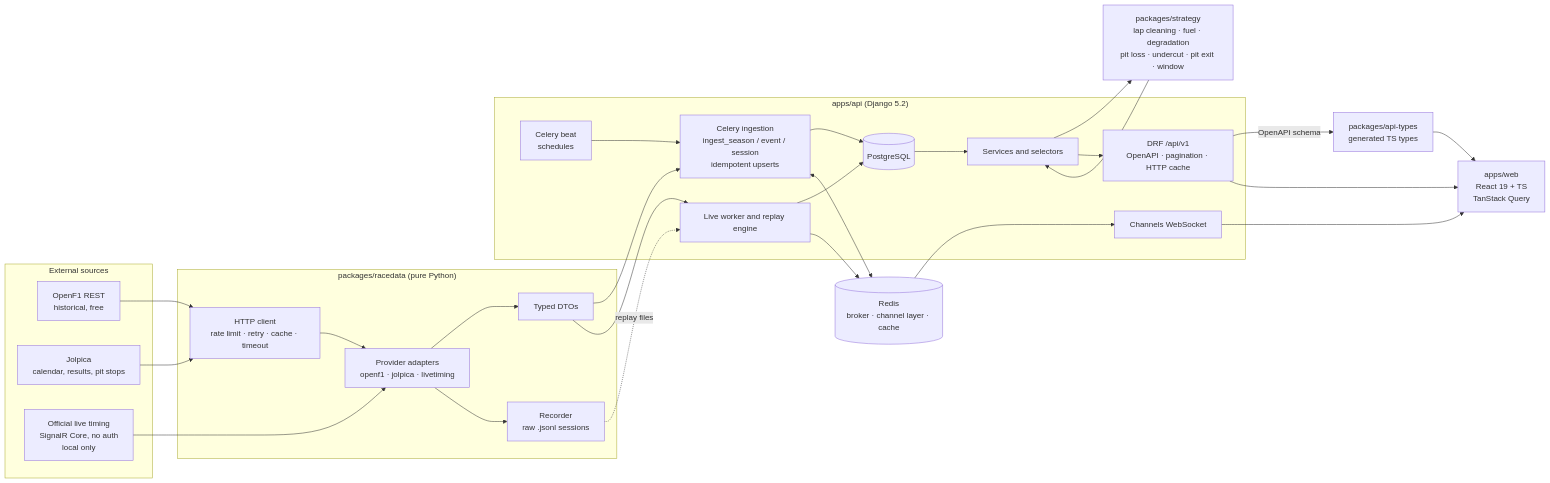
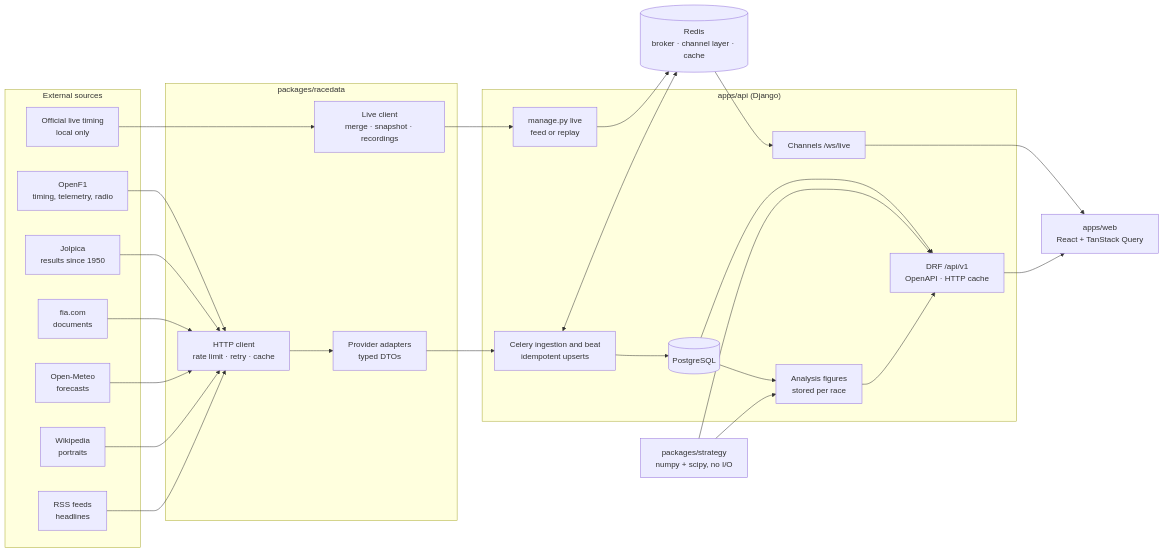
The diagram in docs/architecture.md (CafeurOff/stintline), drawn with Mermaid before and after one commit. The commit also changed other lines of this file and 4 other files, not shown here.

Commit message:
docs: bring the architecture up to date and drop internal working notes

````diff
--- a/docs/architecture.md
+++ b/docs/architecture.md
@@ -7,50 +7,41 @@
 ```mermaid
 flowchart LR
     subgraph Sources["External sources"]
-        OF[OpenF1 REST<br/>historical, free]
-        JO[Jolpica<br/>calendar, results, pit stops]
-        LT[Official live timing<br/>SignalR Core, no auth<br/>local only]
+        OF[OpenF1<br/>timing, telemetry, radio]
+        JO[Jolpica<br/>results since 1950]
+        FIA[fia.com<br/>documents]
+        OM[Open-Meteo<br/>forecasts]
+        WK[Wikipedia<br/>portraits]
+        RSS[RSS feeds<br/>headlines]
+        LT[Official live timing<br/>local only]
     end
 
-    subgraph RD["packages/racedata (pure Python)"]
-        HTTP[HTTP client<br/>rate limit · retry · cache · timeout]
-        AD[Provider adapters<br/>openf1 · jolpica · livetiming]
-        DTO[Typed DTOs]
-        REC[Recorder<br/>raw .jsonl sessions]
+    subgraph RD["packages/racedata"]
+        HTTP[HTTP client<br/>rate limit · retry · cache]
+        AD[Provider adapters<br/>typed DTOs]
+        LC[Live client<br/>merge · snapshot · recordings]
     end
 
-    subgraph API["apps/api (Django 5.2)"]
-        ING[Celery ingestion<br/>ingest_season / event / session<br/>idempotent upserts]
-        BEAT[Celery beat<br/>schedules]
+    subgraph API["apps/api (Django)"]
+        ING[Celery ingestion and beat<br/>idempotent upserts]
         DB[(PostgreSQL)]
-        SVC[Services and selectors]
-        REST[DRF /api/v1<br/>OpenAPI · pagination · HTTP cache]
-        LIVE[Live worker and replay engine]
-        WS[Channels WebSocket]
+        AN[Analysis figures<br/>stored per race]
+        REST[DRF /api/v1<br/>OpenAPI · HTTP cache]
+        LIVE[manage.py live<br/>feed or replay]
+        WS[Channels /ws/live]
     end
 
-    STRAT[packages/strategy<br/>lap cleaning · fuel · degradation<br/>pit loss · undercut · pit exit · window]
+    STRAT[packages/strategy<br/>numpy + scipy, no I/O]
     REDIS[(Redis<br/>broker · channel layer · cache)]
-    TYPES[packages/api-types<br/>generated TS types]
-    WEB[apps/web<br/>React 19 + TS<br/>TanStack Query]
+    WEB[apps/web<br/>React + TanStack Query]
 
-    OF --> HTTP
-    JO --> HTTP
-    LT --> AD
-    HTTP --> AD --> DTO
-    AD --> REC
-    DTO --> ING --> DB
-    BEAT --> ING
-    DTO --> LIVE
-    REC -. replay files .-> LIVE
-    LIVE --> DB
-    LIVE --> REDIS --> WS
-    DB --> SVC
-    SVC --> STRAT
-    STRAT --> SVC
-    SVC --> REST
-    REST -- OpenAPI schema --> TYPES --> WEB
+    OF & JO & FIA & OM & WK & RSS --> HTTP --> AD --> ING --> DB
+    LT --> LC --> LIVE --> REDIS --> WS --> WEB
+    DB --> AN
+    STRAT --> AN
+    DB --> REST
+    STRAT --> REST
+    AN --> REST
     REST --> WEB
-    WS --> WEB
     ING <--> REDIS
 ```
````
